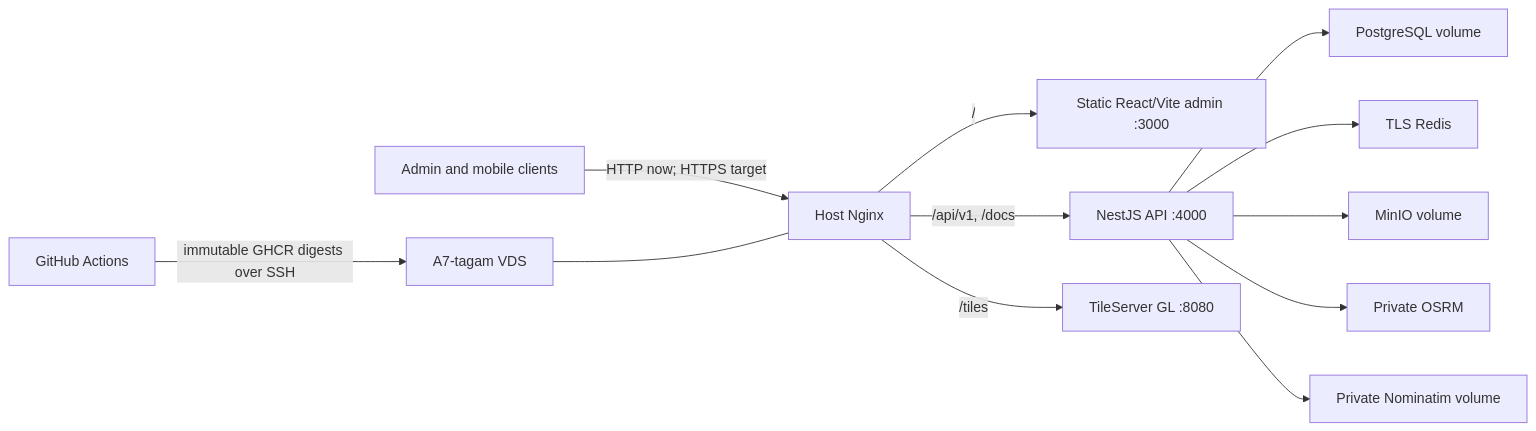
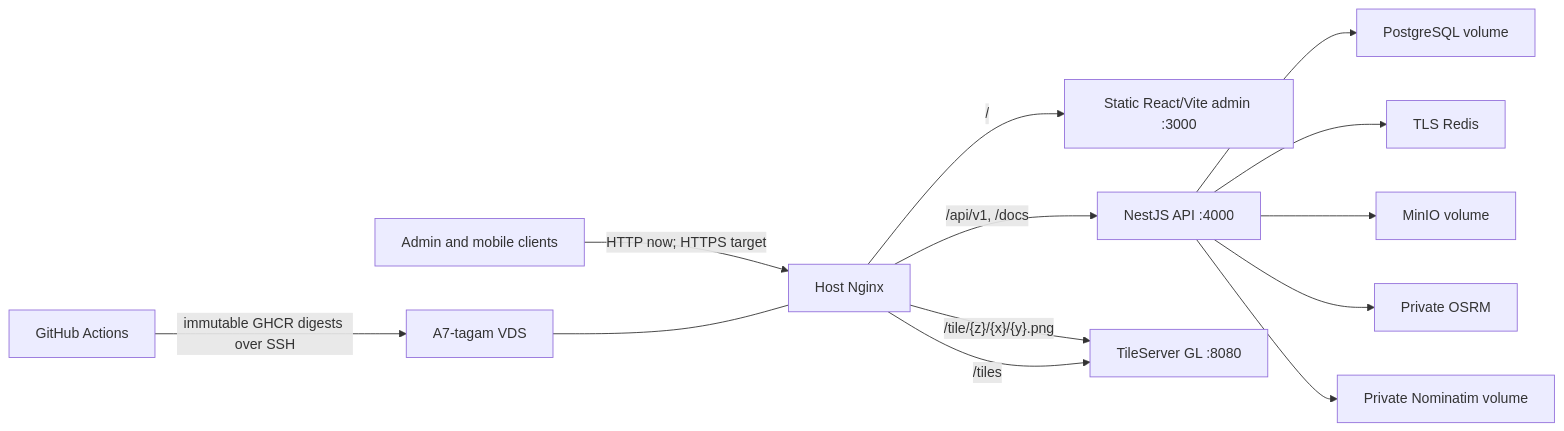
One commit to Dadebay/Backend_Admin_panel_alow_alow changed the diagram in docs/INFRASTRUCTURE.md. Above: the diagram before and after it, drawn with Mermaid. The commit also changed other lines of this file and 9 other files, not shown here.

````diff
--- a/docs/INFRASTRUCTURE.md
+++ b/docs/INFRASTRUCTURE.md
@@ -31,14 +31,15 @@
 ```mermaid
 flowchart LR
   U["Admin and mobile clients"] -->|"HTTP now; HTTPS target"| N["Host Nginx"]
   N -->|"/"| A["Static React/Vite admin :3000"]
   N -->|"/api/v1, /docs"| API["NestJS API :4000"]
+  N -->|"/tile/{z}/{x}/{y}.png"| T
   N -->|"/tiles"| T["TileServer GL :8080"]
   API --> PG["PostgreSQL volume"]
   API --> R["TLS Redis"]
   API --> S3["MinIO volume"]
   API --> O["Private OSRM"]
   API --> GEO["Private Nominatim volume"]
   GH["GitHub Actions"] -->|"immutable GHCR digests over SSH"| VDS["A7-tagam VDS"]
   VDS --- N
 ```
````
